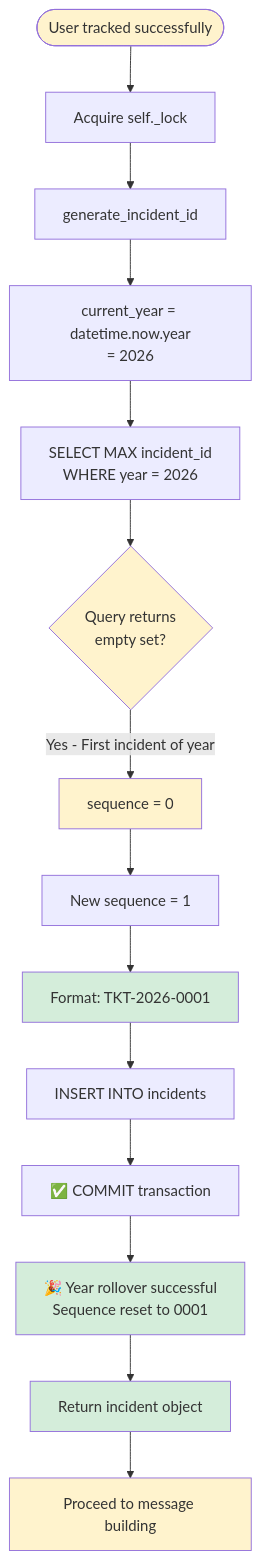
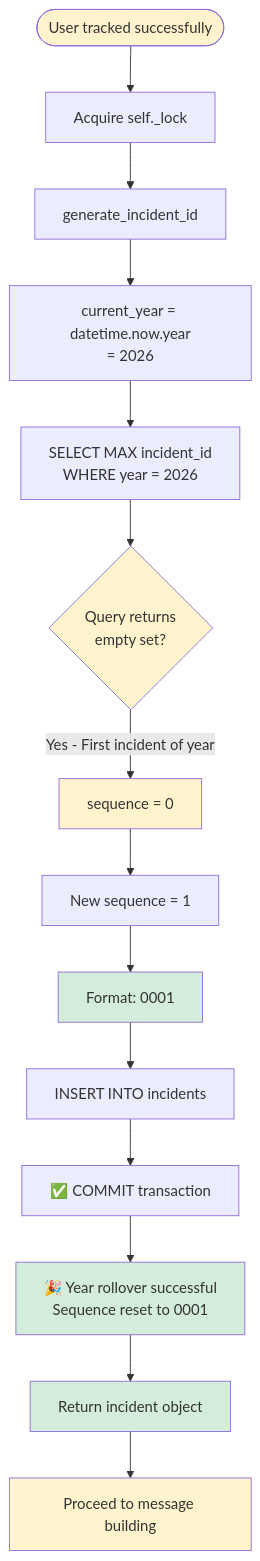
Diagram 22 of 50 in docs/new_issue_use_cases.md (ShJavokhir/raisedash-kpi-bot), drawn with Mermaid before and after one commit. The commit also changed other lines of this file, not shown here.

First line of the commit message:
docs: Update incident ID format in use cases

````diff
--- a/docs/new_issue_use_cases.md
+++ b/docs/new_issue_use_cases.md
@@ -658,24 +658,24 @@
 ```mermaid
 flowchart TD
     Start([User tracked successfully]) --> AcquireLock[Acquire self._lock]
     AcquireLock --> GenID[generate_incident_id]
     GenID --> GetYear[current_year = datetime.now.year<br/>= 2026]
     GetYear --> QueryLatest[SELECT MAX incident_id<br/>WHERE year = 2026]
     QueryLatest --> NoResults{Query returns<br/>empty set?}
     NoResults -->|Yes - First incident of year| DefaultSeq[sequence = 0]
     DefaultSeq --> Increment[New sequence = 1]
-    Increment --> FormatID[Format: TKT-2026-0001]
+    Increment --> FormatID[Format: 0001]
     FormatID --> InsertIncident[INSERT INTO incidents]
     InsertIncident --> Commit[✅ COMMIT transaction]
     Commit --> YearRollover[🎉 Year rollover successful<br/>Sequence reset to 0001]
     YearRollover --> ReturnIncident[Return incident object]
     ReturnIncident --> ProceedMessage[Proceed to message building]
 
     style Start fill:#fff3cd
     style NoResults fill:#fff3cd
     style DefaultSeq fill:#fff3cd
     style FormatID fill:#d4edda
     style YearRollover fill:#d4edda
     style ReturnIncident fill:#d4edda
     style ProceedMessage fill:#fff3cd
 ```
````
